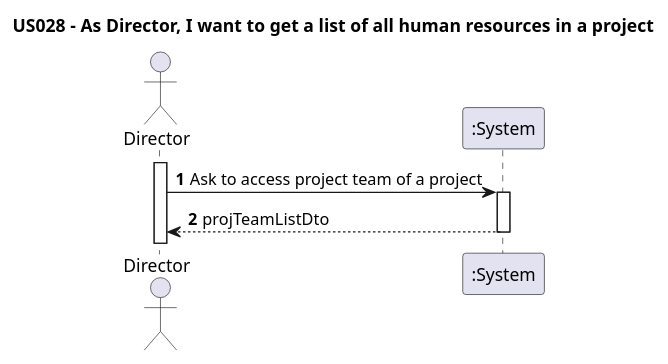
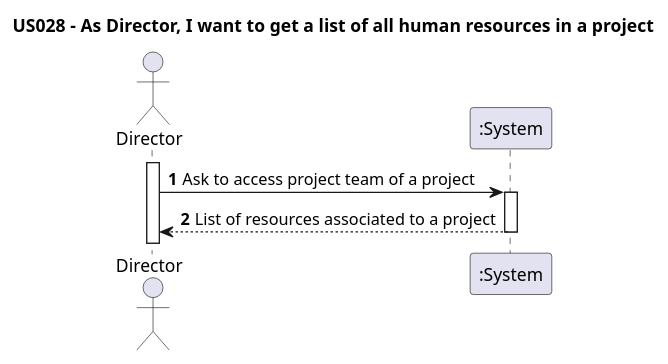
Before and after one commit to nunogon1211787/projectManagement: the diagram in docs/Sprint3/US028/US028-SSD.puml, drawn with PlantUML. The commit also changed 11 other files, not shown here.

```diff
--- a/docs/Sprint3/US028/US028-SSD.puml
+++ b/docs/Sprint3/US028/US028-SSD.puml
@@ -1,17 +1,17 @@
 @startuml
 'https://plantuml.com/sequence-diagram
 
 title US028 - As Director, I want to get a list of all human resources in a project
 
 autoactivate on
 autonumber
 
 actor "Director" as Director
 participant ":System" as System
 
 activate Director
 
 Director -> System: Ask to access project team of a project
-System --> Director: projTeamListDto
+System --> Director: List of resources associated to a project
 
 @enduml
```
